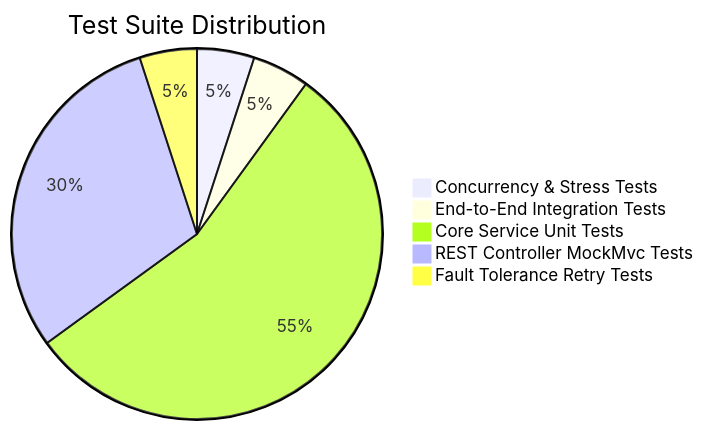
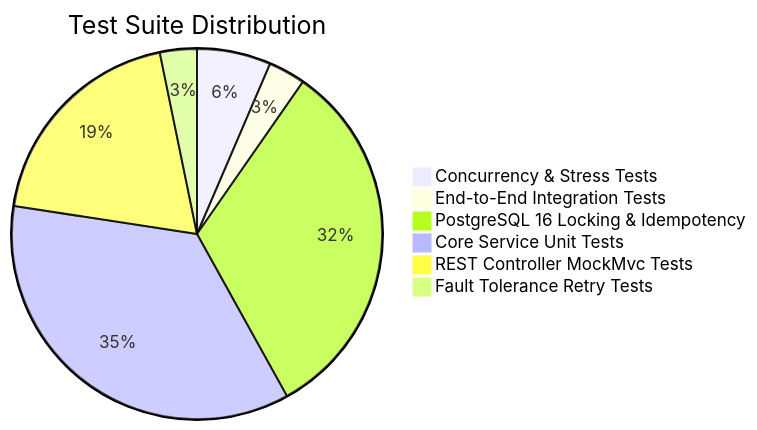
One commit to Dhanya562004/distributed-fault-tolerant-payment-system changed the diagram in docs/testing.md. Above: the diagram before and after it, drawn with Mermaid. The commit also changed other lines of this file and 2 other files, not shown here.

````diff
--- a/docs/testing.md
+++ b/docs/testing.md
@@ -14,8 +17,9 @@
 ```mermaid
 pie title Test Suite Distribution
-    "Concurrency & Stress Tests" : 1
+    "Concurrency & Stress Tests" : 2
     "End-to-End Integration Tests" : 1
+    "PostgreSQL 16 Locking & Idempotency" : 10
     "Core Service Unit Tests" : 11
     "REST Controller MockMvc Tests" : 6
     "Fault Tolerance Retry Tests" : 1
 ```
````
